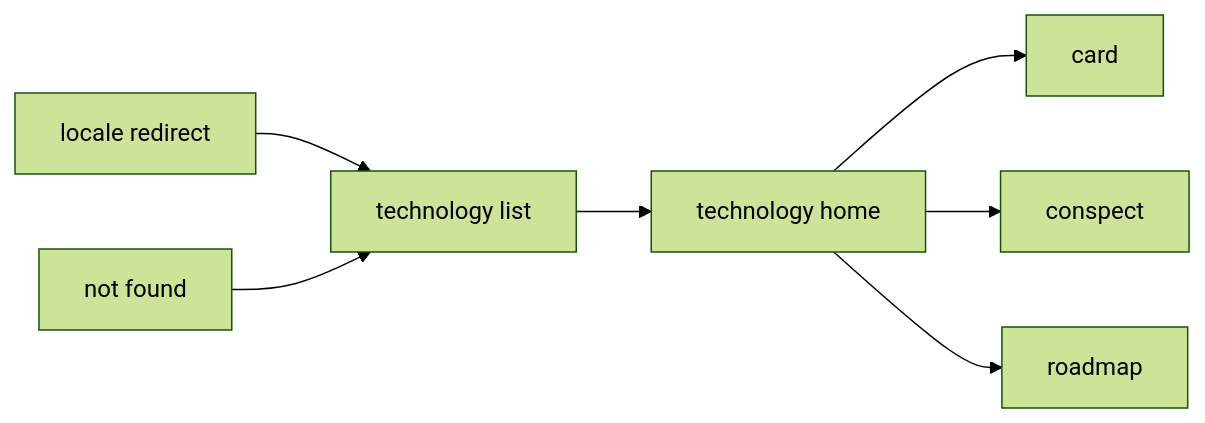
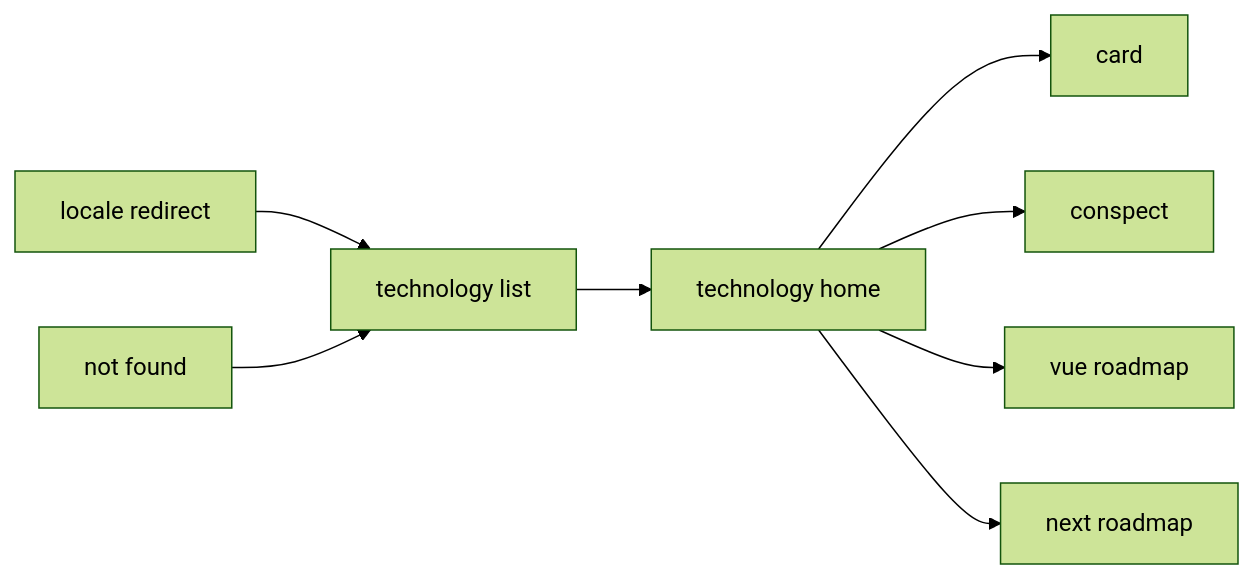
One commit to AleksandrSoloviev/cheat-sheet changed the diagram in .specify/memory/ui/navigation.md. Above: the diagram before and after it, drawn with Mermaid (forest theme). The commit also changed other lines of this file and 17 other files, not shown here.

````diff
--- a/.specify/memory/ui/navigation.md
+++ b/.specify/memory/ui/navigation.md
@@ -28,16 +31,18 @@
 ```mermaid
 flowchart LR
   redirect[locale redirect]
   list[technology list]
   home[technology home]
   card[card]
   conspect[conspect]
-  roadmap[roadmap]
+  roadmap[vue roadmap]
+  nextRoadmap[next roadmap]
   missing[not found]
   redirect --> list
   list --> home
   home --> card
   home --> conspect
   home --> roadmap
+  home --> nextRoadmap
   missing --> list
 ```
````
